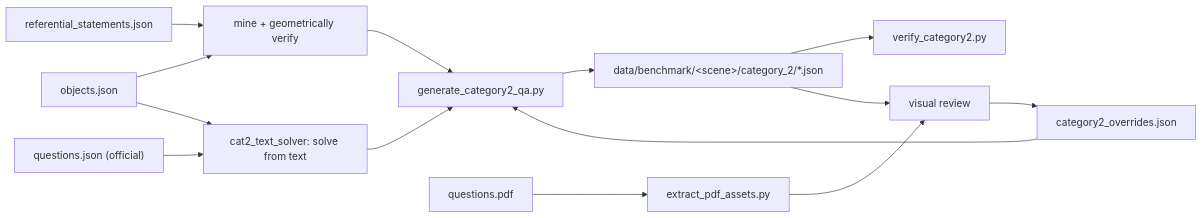
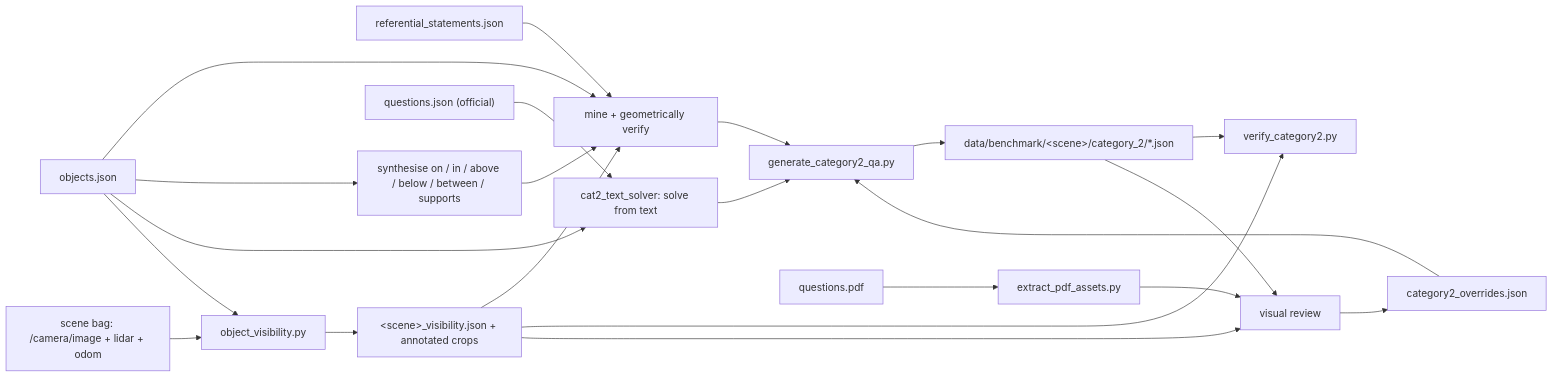
One commit to SaiSugunSegu/cmu-vln-2026 changed the diagram in docs/cat2_benchmark.md. Above: the diagram before and after it, drawn with Mermaid. The commit also changed other lines of this file and 36 other files, not shown here.

````diff
--- a/docs/cat2_benchmark.md
+++ b/docs/cat2_benchmark.md
@@ -29,14 +35,21 @@
 ```mermaid
 flowchart LR
   Ref["referential_statements.json"] --> Mine["mine + geometrically verify"]
   Objs["objects.json"] --> Mine
+  Objs --> Synth["synthesise on / in / above / below / between / supports"] --> Mine
   Objs --> Solve["cat2_text_solver: solve from text"]
   Off["questions.json (official)"] --> Solve
+  Bag["scene bag: /camera/image + lidar + odom"] --> Vis["object_visibility.py"]
+  Objs --> Vis
+  Vis --> Rep["&lt;scene&gt;_visibility.json + annotated crops"]
+  Rep --> Mine
   Mine --> Gen["generate_category2_qa.py"]
   Solve --> Gen
   Ovr["category2_overrides.json"] --> Gen
   Gen --> QA["data/benchmark/&lt;scene&gt;/category_2/*.json"]
   QA --> Verify["verify_category2.py"]
+  Rep --> Verify
   PDF["questions.pdf"] --> Assets["extract_pdf_assets.py"] --> Review["visual review"] --> Ovr
   QA --> Review
+  Rep --> Review
 ```
````
